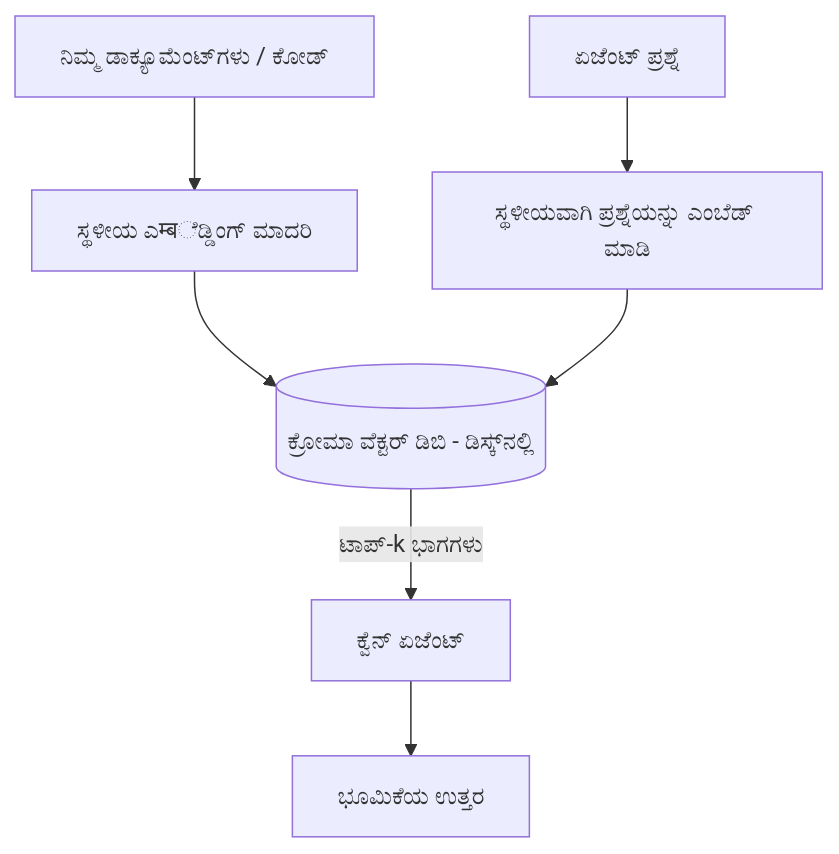
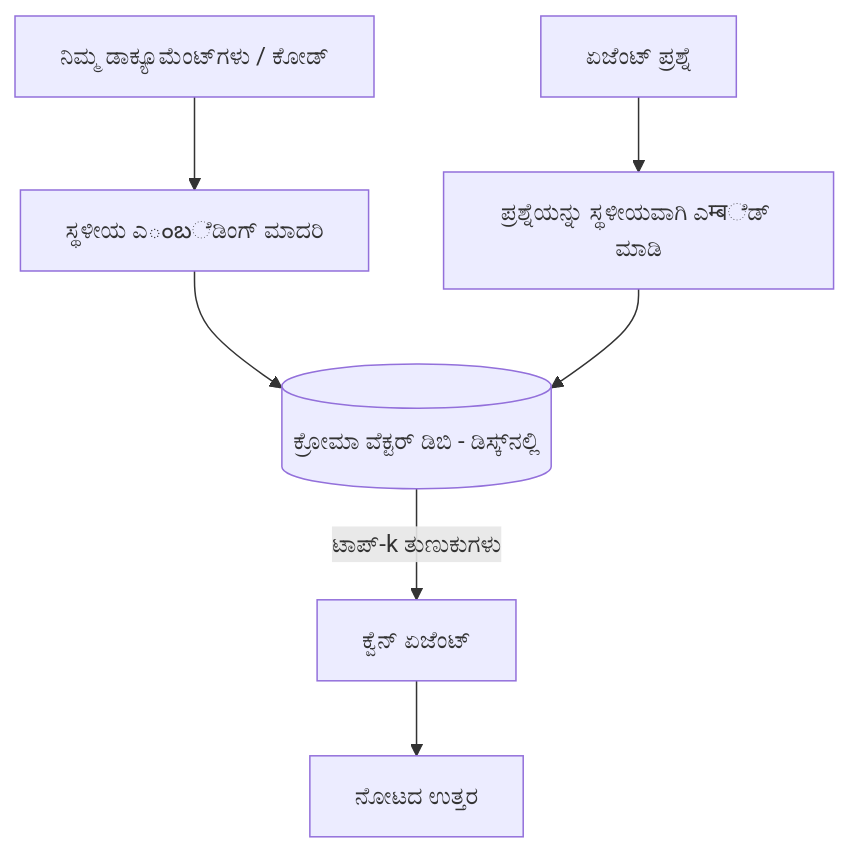
The third of 4 diagrams in mirrors/repos/microsoft@ai-agents-for-beginners/translations/kn/17-creating-local-ai-agents/README.md (gabrielmoreira/agent-skills-mirror), drawn with Mermaid before and after one commit. The commit also changed other lines of this file and 4262 other files, not shown here.

````diff
--- a/mirrors/repos/microsoft@ai-agents-for-beginners/translations/kn/17-creating-local-ai-agents/README.md
+++ b/mirrors/repos/microsoft@ai-agents-for-beginners/translations/kn/17-creating-local-ai-agents/README.md
@@ -125,9 +125,9 @@
 ```mermaid
 flowchart TB
-    D[ನಿಮ್ಮ ಡಾಕ್ಯೂಮೆಂಟ್‌ಗಳು / ಕೋಡ್] --> E[ಸ್ಥಳೀಯ ಎम्बೆಡ್ಡಿಂಗ್ ಮಾದರಿ]
+    D[ನಿಮ್ಮ ಡಾಕ್ಯೂಮೆಂಟ್‌ಗಳು / ಕೋಡ್] --> E[ಸ್ಥಳೀಯ ಎంబೆಡಿಂಗ್ ಮಾದರಿ]
     E --> V[(ಕ್ರೋಮಾ ವೆಕ್ಟರ್ ಡಿಬಿ - ಡಿಸ್ಕ್‌ನಲ್ಲಿ)]
-    Q[ಏಜೆಂಟ್ ಪ್ರಶ್ನೆ] --> QE[ಸ್ಥಳೀಯವಾಗಿ ಪ್ರಶ್ನೆಯನ್ನು ಎಂಬೆಡ್ ಮಾಡಿ]
+    Q[ಏಜೆಂಟ್ ಪ್ರಶ್ನೆ] --> QE[ಪ್ರಶ್ನೆಯನ್ನು ಸ್ಥಳೀಯವಾಗಿ ಎम्बೆಡ್ ಮಾಡಿ]
     QE --> V
-    V -->|ಟಾಪ್-k ಭಾಗಗಳು| A[ಕ್ವೆನ್ ಏಜೆಂಟ್]
-    A --> Ans[ಭೂಮಿಕೆಯ ಉತ್ತರ]
+    V -->|ಟಾಪ್-k ತುಣುಕುಗಳು| A[ಕ್ವೆನ್ ಏಜೆಂಟ್]
+    A --> Ans[ನೋಟದ ಉತ್ತರ]
 ```
````
